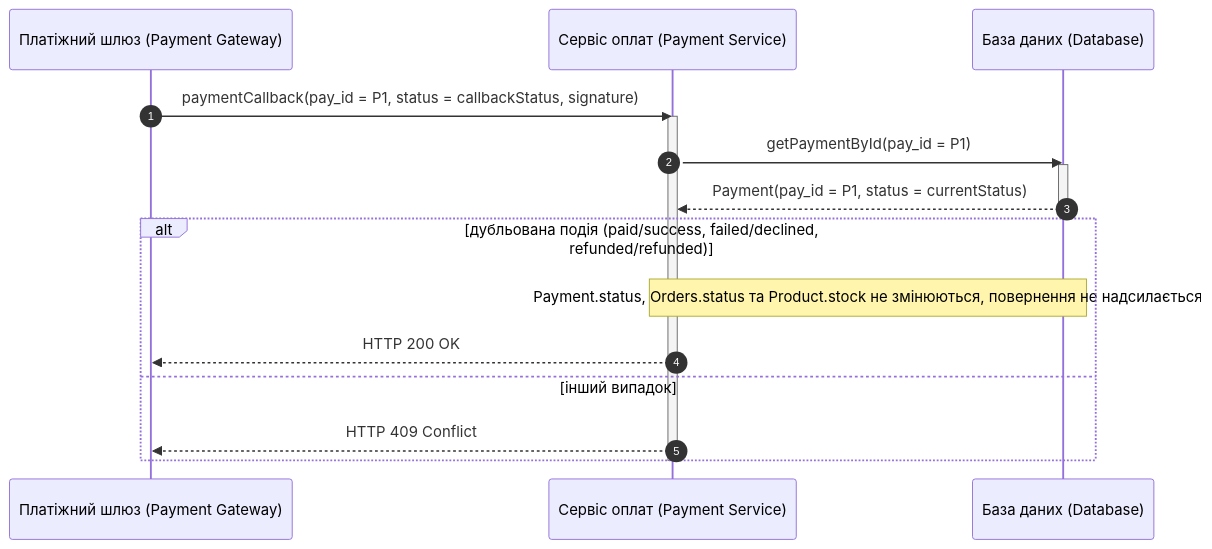
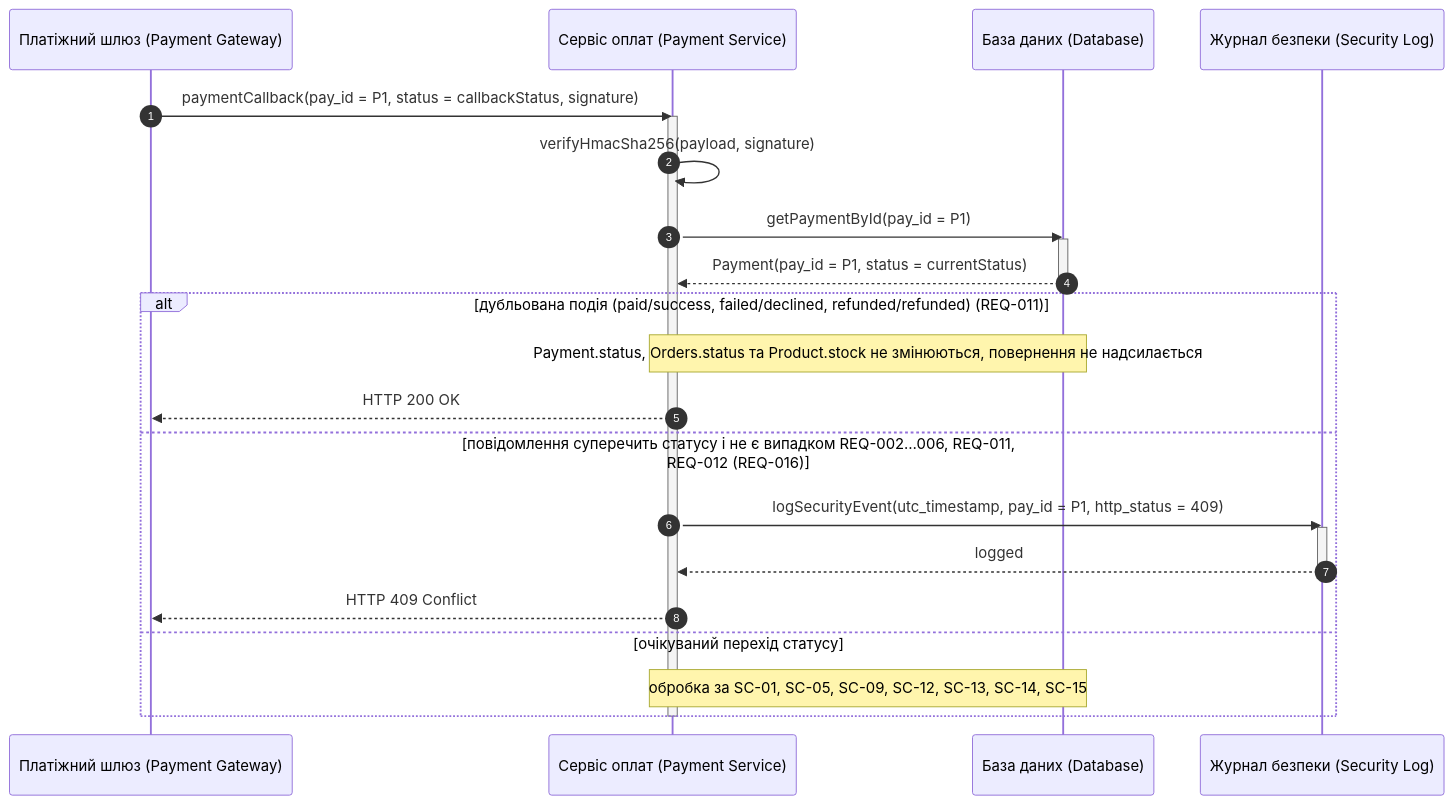
Before and after one commit to hutnichs/KPI_MAVPZ: the seventh of 15 diagrams in Lab3/diagram.md, drawn with Mermaid. The commit also changed other lines of this file and 1 other file, not shown here.

````diff
--- a/Lab3/diagram.md
+++ b/Lab3/diagram.md
@@ -289,22 +325,30 @@
 ```mermaid
 sequenceDiagram
     autonumber
     participant PGW as Платіжний шлюз (Payment Gateway)
     participant PS as Сервіс оплат (Payment Service)
     participant DB as База даних (Database)
+    participant SecLog as Журнал безпеки (Security Log)
 
     PGW->>PS: paymentCallback(pay_id = P1, status = callbackStatus, signature)
     activate PS
+    PS->>PS: verifyHmacSha256(payload, signature)
     PS->>DB: getPaymentById(pay_id = P1)
     activate DB
     DB-->>PS: Payment(pay_id = P1, status = currentStatus)
     deactivate DB
 
-    alt дубльована подія (paid/success, failed/declined, refunded/refunded)
+    alt дубльована подія (paid/success, failed/declined, refunded/refunded) (REQ-011)
         Note over PS,DB: Payment.status, Orders.status та Product.stock не змінюються, повернення не надсилається
         PS-->>PGW: HTTP 200 OK
-    else інший випадок
+    else повідомлення суперечить статусу і не є випадком REQ-002…006, REQ-011, REQ-012 (REQ-016)
+        PS->>SecLog: logSecurityEvent(utc_timestamp, pay_id = P1, http_status = 409)
+        activate SecLog
+        SecLog-->>PS: logged
+        deactivate SecLog
         PS-->>PGW: HTTP 409 Conflict
+    else очікуваний перехід статусу
+        Note over PS,DB: обробка за SC-01, SC-05, SC-09, SC-12, SC-13, SC-14, SC-15
     end
     deactivate PS
 ```
````
